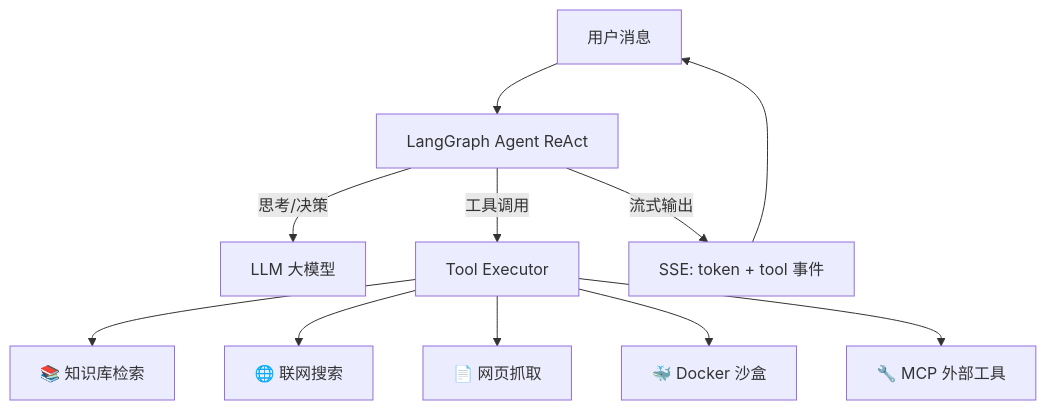
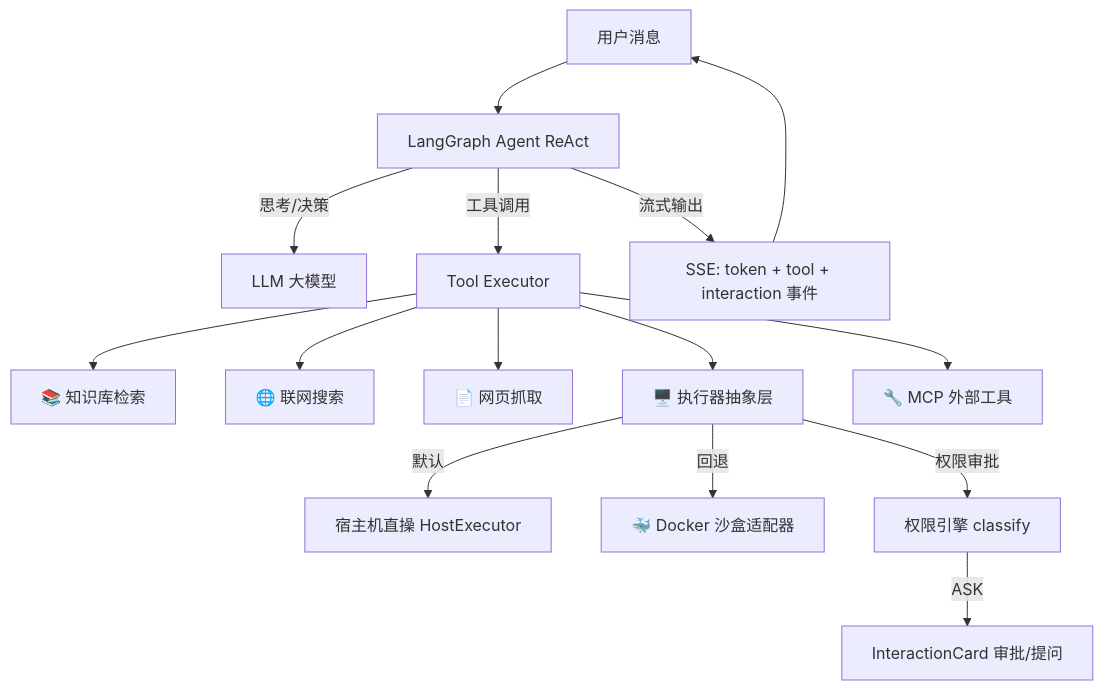
The first of 3 diagrams in README.md (Yimoyumo/mowen-agent), drawn with Mermaid before and after one commit. The commit also changed other lines of this file and 40 other files, not shown here.

````diff
--- a/README.md
+++ b/README.md
@@ -24,13 +25,17 @@
 ```mermaid
 graph TD
     U[用户消息] --> A[LangGraph Agent ReAct]
     A -->|思考/决策| LLM[LLM 大模型]
     A -->|工具调用| T[Tool Executor]
     T --> KB[📚 知识库检索]
     T --> WS[🌐 联网搜索]
     T --> WP[📄 网页抓取]
-    T --> SB[🐳 Docker 沙盒]
+    T --> EX[🖥️ 执行器抽象层]
+    EX -->|默认| HOST[宿主机直操 HostExecutor]
+    EX -->|回退| SB[🐳 Docker 沙盒适配器]
     T --> MCP[🔧 MCP 外部工具]
-    A -->|流式输出| SSE[SSE: token + tool 事件]
+    EX -->|权限审批| PA[权限引擎 classify]
+    PA -->|ASK| UI[InteractionCard 审批/提问]
+    A -->|流式输出| SSE[SSE: token + tool + interaction 事件]
     SSE --> U
 ```
````
